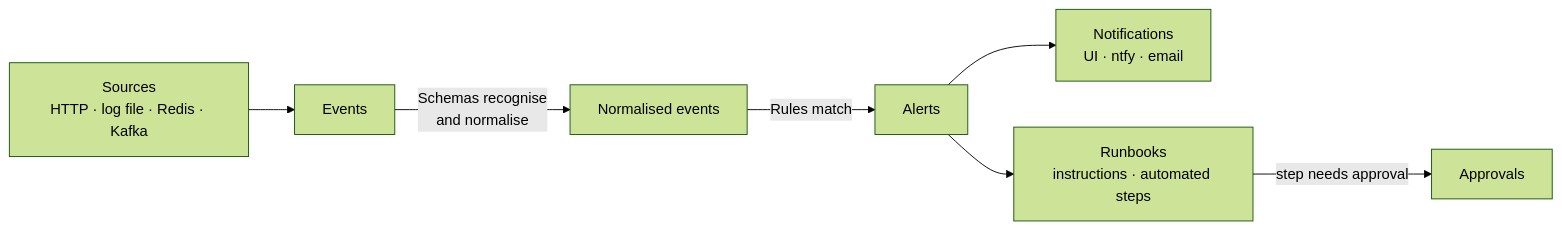
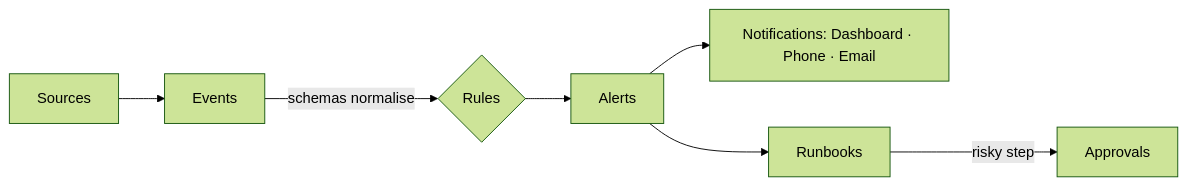
Before and after one commit to orowicki/gs-hackathon: the diagram in README.md, drawn with Mermaid (forest theme). The commit also changed other lines of this file and 1 other file, not shown here.

````diff
--- a/README.md
+++ b/README.md
@@ -84,9 +29,6 @@
 ```mermaid
 flowchart LR
-  S[Sources<br/>HTTP · log file · Redis · Kafka] --> E[Events]
-  E -->|Schemas recognise<br/>and normalise| N[Normalised events]
-  N -->|Rules match| A[Alerts]
-  A --> D[Notifications<br/>UI · ntfy · email]
-  A --> R[Runbooks<br/>instructions · automated steps]
-  R -->|step needs approval| P[Approvals]
+  S[Sources] --> E[Events] -->|schemas normalise| R{Rules} --> A[Alerts]
+  A --> N[Notifications: Dashboard · Phone · Email]
+  A --> B[Runbooks] -->|risky step| P[Approvals]
 ```
````
